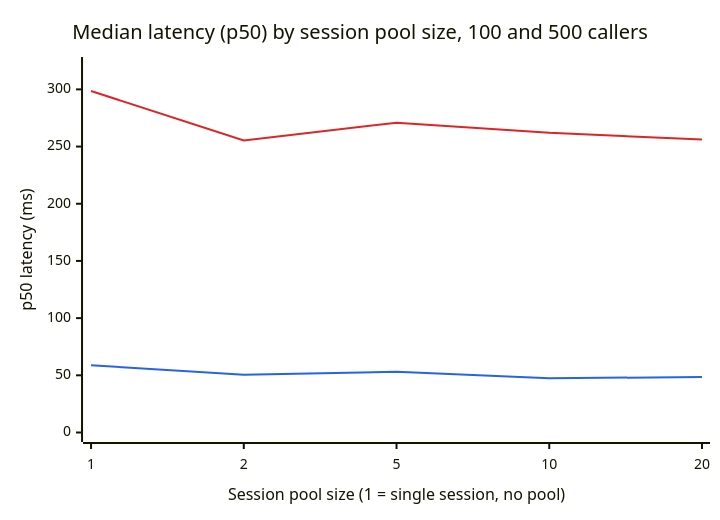
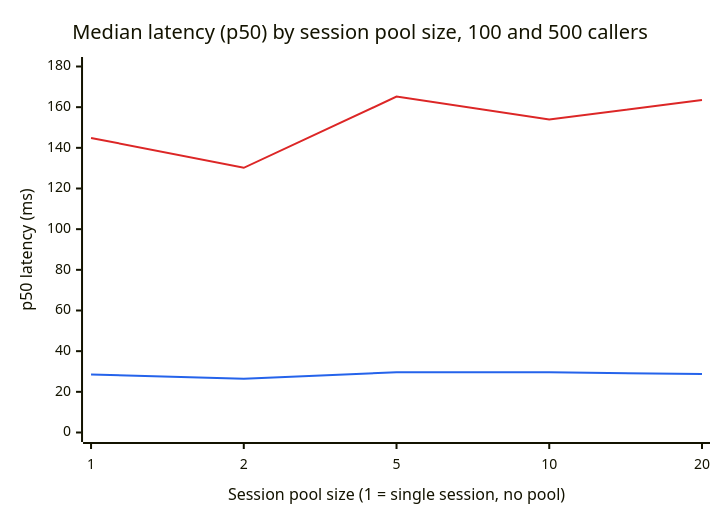
The fourth of 9 diagrams in docs/benchmarks.md (aisrael/hsm-signing-service), drawn with Mermaid before and after one commit. The commit also changed other lines of this file and 1 other file, not shown here.

````diff
--- a/docs/benchmarks.md
+++ b/docs/benchmarks.md
@@ -142,9 +143,9 @@
 ```mermaid
 %%{init: {"themeVariables": {"xyChart": {"plotColorPalette": "#2563eb,#dc2626"}}}}%%
 xychart-beta
     title "Median latency (p50) by session pool size, 100 and 500 callers"
     x-axis "Session pool size (1 = single session, no pool)" ["1", "2", "5", "10", "20"]
-    y-axis "p50 latency (ms)" 0 --> 320
-    line [58.76, 50.51, 53.08, 47.48, 48.46]
-    line [298.64, 255.29, 270.86, 262.00, 256.21]
+    y-axis "p50 latency (ms)" 0 --> 180
+    line [28.50, 26.43, 29.62, 29.61, 28.75]
+    line [144.87, 130.17, 165.20, 153.95, 163.47]
 ```
````
